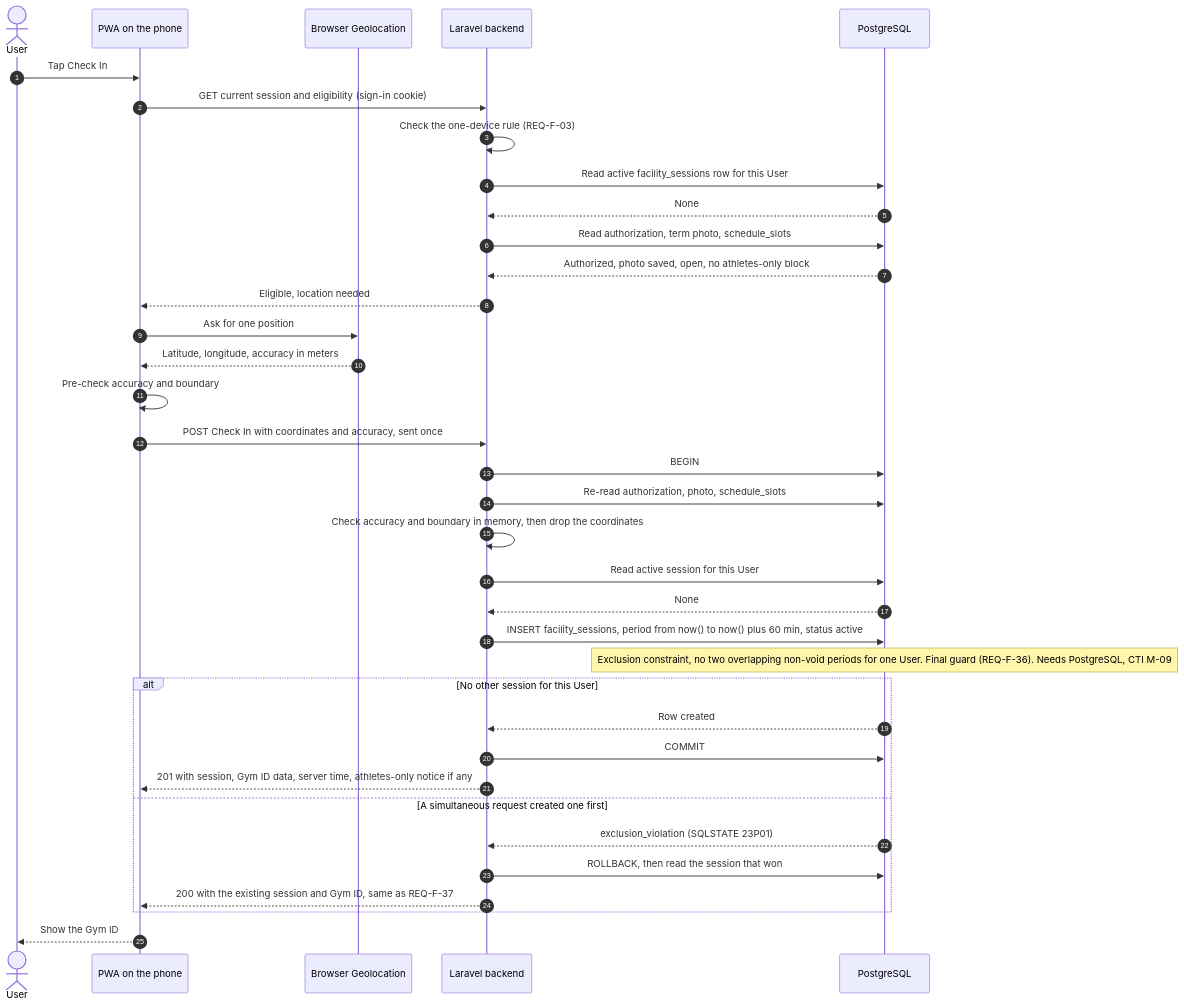
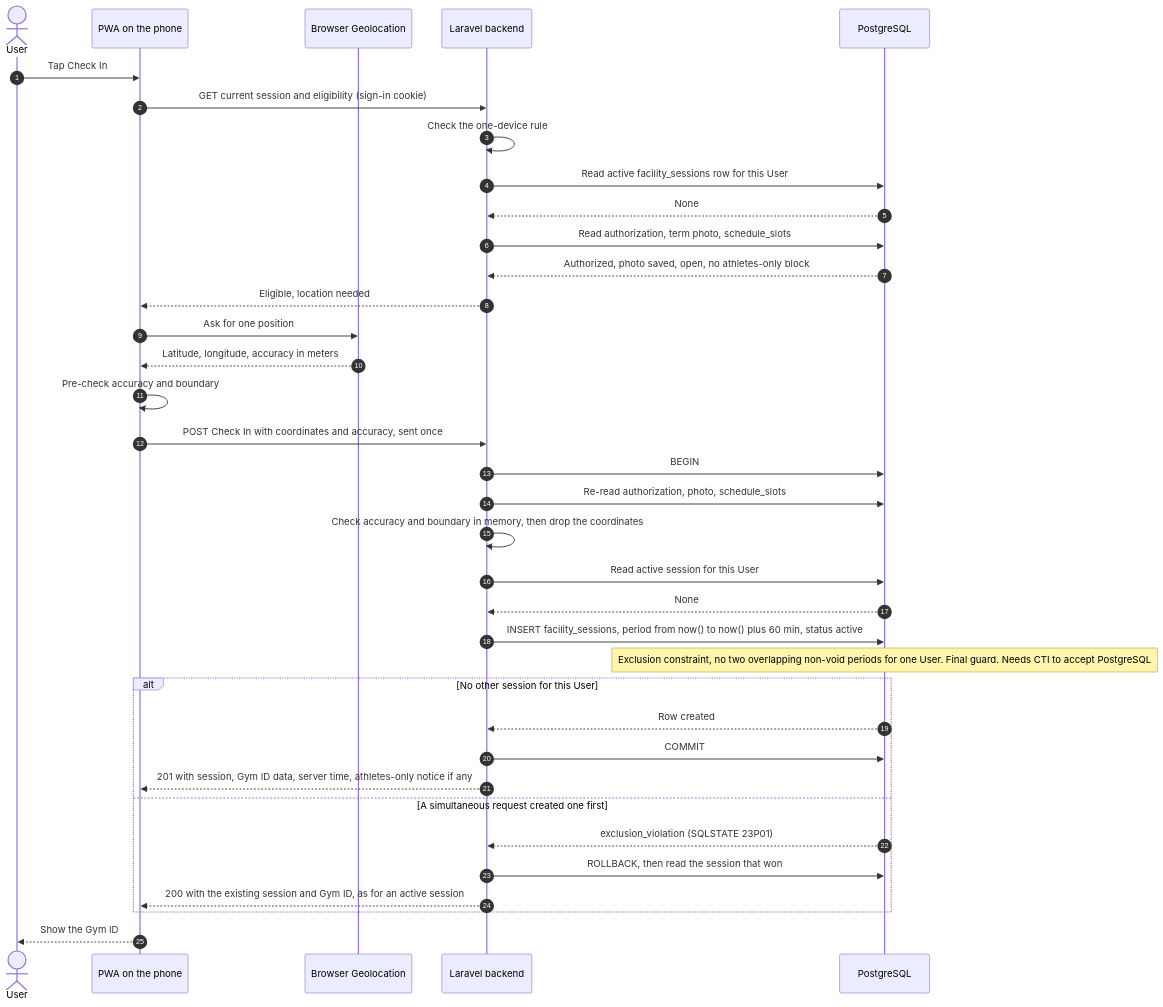
The third of 10 diagrams in docs/design/check-in-flows.md (Th3-Minorities/natatorio-gym-app), drawn with Mermaid before and after one commit. The commit also changed other lines of this file, not shown here.

Commit message:
Let Staff check the roster during Check In verification

````diff
--- a/docs/design/check-in-flows.md
+++ b/docs/design/check-in-flows.md
@@ -77,39 +87,39 @@
 ```mermaid
 sequenceDiagram
   autonumber
   actor U as User
   participant PWA as PWA on the phone
   participant GEO as Browser Geolocation
   participant API as Laravel backend
   participant DB as PostgreSQL
 
   U->>PWA: Tap Check In
   PWA->>API: GET current session and eligibility (sign-in cookie)
-  API->>API: Check the one-device rule (REQ-F-03)
+  API->>API: Check the one-device rule
   API->>DB: Read active facility_sessions row for this User
   DB-->>API: None
   API->>DB: Read authorization, term photo, schedule_slots
   DB-->>API: Authorized, photo saved, open, no athletes-only block
   API-->>PWA: Eligible, location needed
   PWA->>GEO: Ask for one position
   GEO-->>PWA: Latitude, longitude, accuracy in meters
   PWA->>PWA: Pre-check accuracy and boundary
   PWA->>API: POST Check In with coordinates and accuracy, sent once
   API->>DB: BEGIN
   API->>DB: Re-read authorization, photo, schedule_slots
   API->>API: Check accuracy and boundary in memory, then drop the coordinates
   API->>DB: Read active session for this User
   DB-->>API: None
   API->>DB: INSERT facility_sessions, period from now() to now() plus 60 min, status active
-  Note over DB: Exclusion constraint, no two overlapping non-void periods for one User. Final guard (REQ-F-36). Needs PostgreSQL, CTI M-09
+  Note over DB: Exclusion constraint, no two overlapping non-void periods for one User. Final guard. Needs CTI to accept PostgreSQL
   alt No other session for this User
     DB-->>API: Row created
     API->>DB: COMMIT
     API-->>PWA: 201 with session, Gym ID data, server time, athletes-only notice if any
   else A simultaneous request created one first
     DB-->>API: exclusion_violation (SQLSTATE 23P01)
     API->>DB: ROLLBACK, then read the session that won
-    API-->>PWA: 200 with the existing session and Gym ID, same as REQ-F-37
+    API-->>PWA: 200 with the existing session and Gym ID, as for an active session
   end
   PWA-->>U: Show the Gym ID
 ```
````
